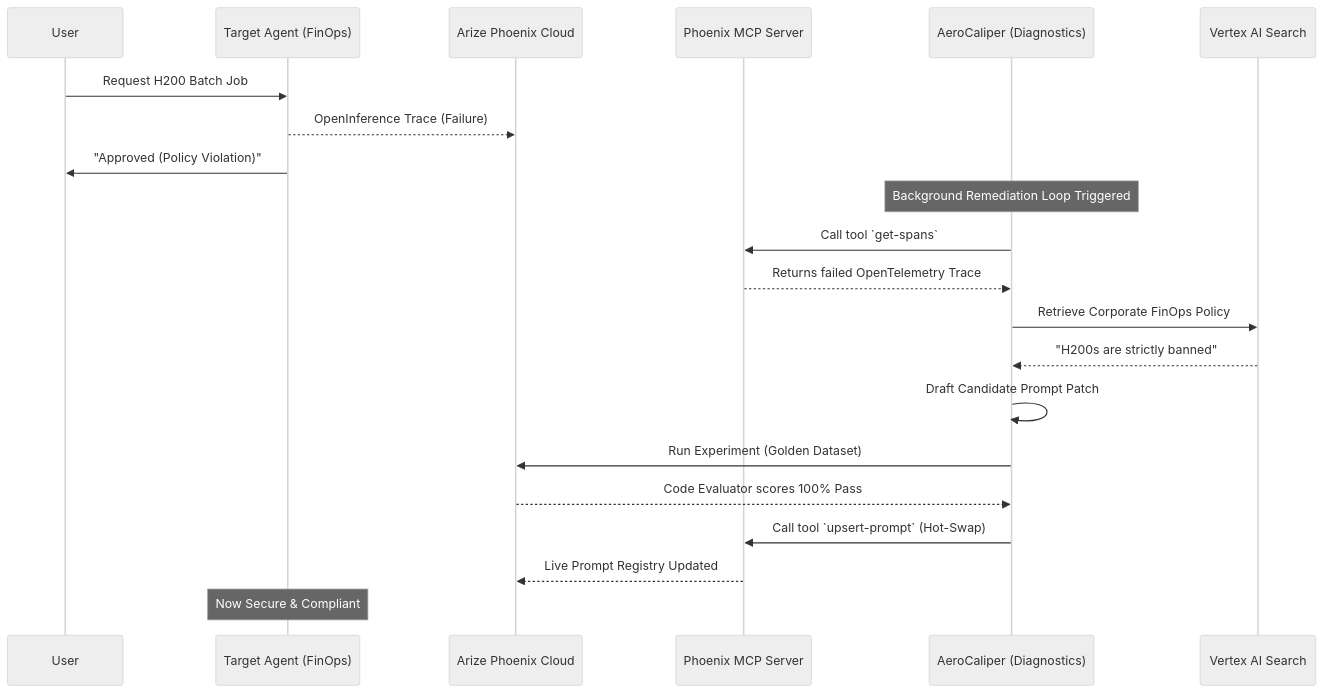
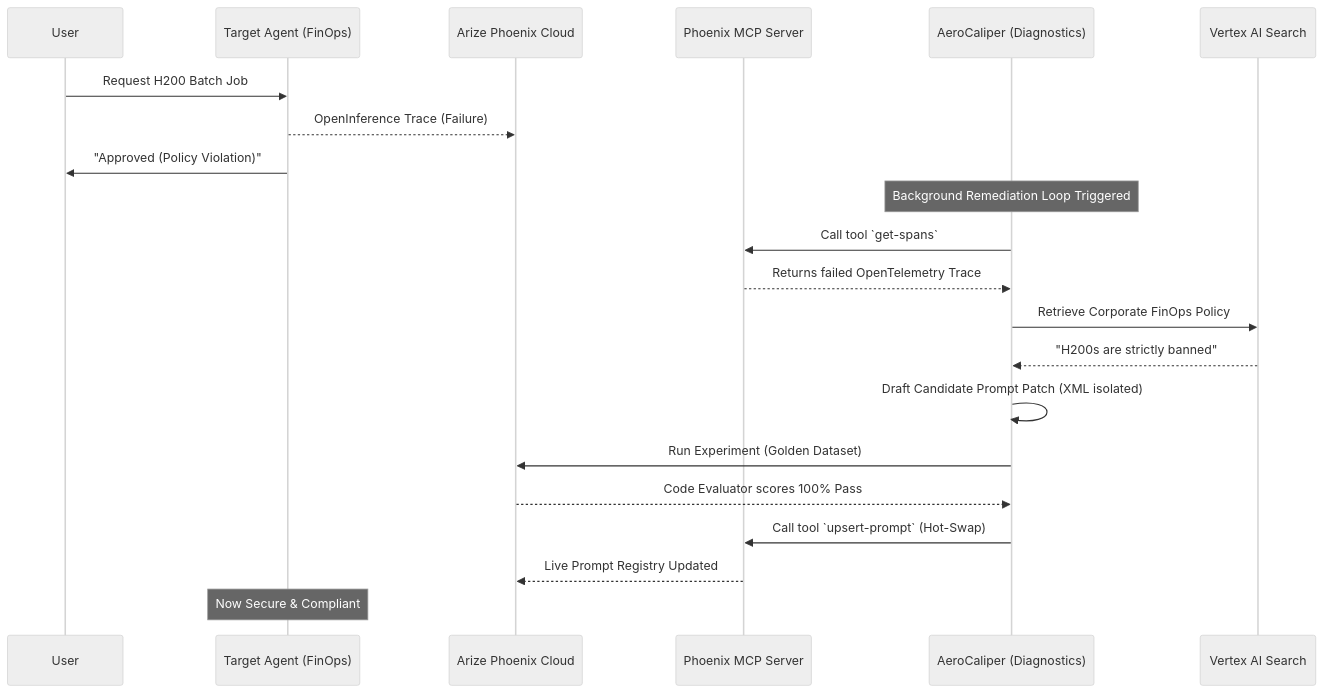
The diagram in DEVPOST_SUBMISSION.md (vjb/AeroCaliper), drawn with Mermaid (neutral theme) before and after one commit. The commit also changed other lines of this file and 3 other files, not shown here.

Commit message:
docs: thoroughly update all documentation files with v4.0 highlights, OOM fixes, UI changes, and high-fidelity Mermaid diagrams

````diff
--- a/DEVPOST_SUBMISSION.md
+++ b/DEVPOST_SUBMISSION.md
@@ -34,30 +49,30 @@
 ```mermaid
 sequenceDiagram
     participant User
     participant TargetAgent as Target Agent (FinOps)
     participant Phoenix as Arize Phoenix Cloud
     participant MCP as Phoenix MCP Server
     participant AeroCaliper as AeroCaliper (Diagnostics)
     participant VertexRAG as Vertex AI Search
     
     User->>TargetAgent: Request H200 Batch Job
     TargetAgent-->>Phoenix: OpenInference Trace (Failure)
     TargetAgent->>User: "Approved (Policy Violation)"
     
     Note over AeroCaliper: Background Remediation Loop Triggered
     
     AeroCaliper->>MCP: Call tool `get-spans`
     MCP-->>AeroCaliper: Returns failed OpenTelemetry Trace
     AeroCaliper->>VertexRAG: Retrieve Corporate FinOps Policy
     VertexRAG-->>AeroCaliper: "H200s are strictly banned"
     
-    AeroCaliper->>AeroCaliper: Draft Candidate Prompt Patch
+    AeroCaliper->>AeroCaliper: Draft Candidate Prompt Patch (XML isolated)
     
     AeroCaliper->>Phoenix: Run Experiment (Golden Dataset)
     Phoenix-->>AeroCaliper: Code Evaluator scores 100% Pass
     
     AeroCaliper->>MCP: Call tool `upsert-prompt` (Hot-Swap)
     MCP-->>Phoenix: Live Prompt Registry Updated
     
     Note over TargetAgent: Now Secure & Compliant
 ```
````
